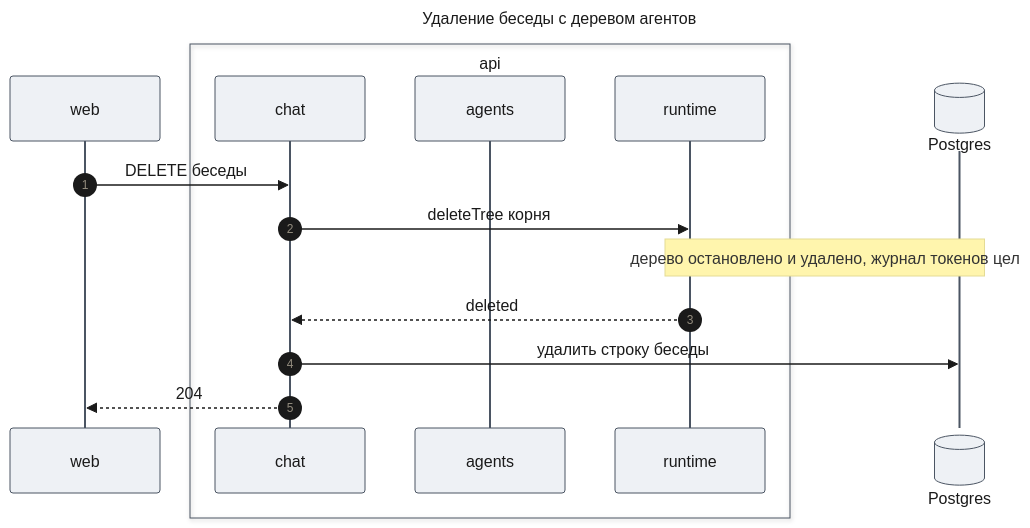
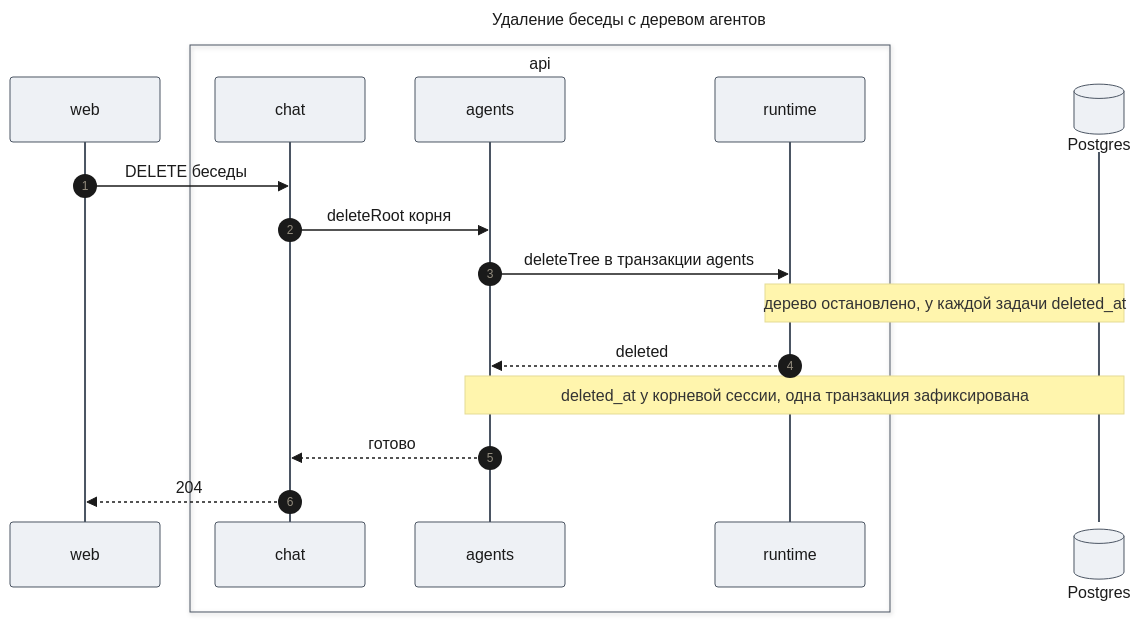
Before and after one commit to tundraray/agent-os: the ninth of 10 diagrams in docs/features/agent-platform/design-chat.md, drawn with Mermaid. The commit also changed other lines of this file and 420 other files, not shown here.

````diff
--- a/docs/features/agent-platform/design-chat.md
+++ b/docs/features/agent-platform/design-chat.md
@@ -649,36 +655,39 @@
 ```mermaid
 ---
 title: "Удаление беседы с деревом агентов"
 config:
   themeCSS: |
-    @keyframes lit_s6{0%,18%{stroke:#991b1b;stroke-width:6px}20%,100%{stroke:#37474f;stroke-width:2px}}
-    @keyframes litr_s6{0%,18%{stroke:#1d4ed8;stroke-width:6px}20%,100%{stroke:#37474f;stroke-width:2px}}
-    .messageLine0[data-id='i1'],.messageLine1[data-id='i1']{animation:lit_s6 6s linear 0s infinite}
-    .messageLine0[data-id='i2'],.messageLine1[data-id='i2']{animation:lit_s6 6s linear 1.2s infinite}
-    .messageLine0[data-id='i4'],.messageLine1[data-id='i4']{animation:litr_s6 6s linear 2.4s infinite}
-    .messageLine0[data-id='i5'],.messageLine1[data-id='i5']{animation:lit_s6 6s linear 3.6s infinite}
-    .messageLine0[data-id='i6'],.messageLine1[data-id='i6']{animation:litr_s6 6s linear 4.8s infinite}
+    @keyframes lit_s6{0%,15%{stroke:#991b1b;stroke-width:6px}16.67%,100%{stroke:#37474f;stroke-width:2px}}
+    @keyframes litr_s6{0%,15%{stroke:#1d4ed8;stroke-width:6px}16.67%,100%{stroke:#37474f;stroke-width:2px}}
+    .messageLine0[data-id='i1'],.messageLine1[data-id='i1']{animation:lit_s6 7.2s linear 0s infinite}
+    .messageLine0[data-id='i2'],.messageLine1[data-id='i2']{animation:lit_s6 7.2s linear 1.2s infinite}
+    .messageLine0[data-id='i3'],.messageLine1[data-id='i3']{animation:lit_s6 7.2s linear 2.4s infinite}
+    .messageLine0[data-id='i5'],.messageLine1[data-id='i5']{animation:litr_s6 7.2s linear 3.6s infinite}
+    .messageLine0[data-id='i7'],.messageLine1[data-id='i7']{animation:litr_s6 7.2s linear 4.8s infinite}
+    .messageLine0[data-id='i8'],.messageLine1[data-id='i8']{animation:litr_s6 7.2s linear 6s infinite}
   theme: base
   look: classic
   themeVariables:
     primaryColor: "#eef1f5"
     primaryBorderColor: "#4b5563"
     primaryTextColor: "#1a1a1a"
     lineColor: "#6b7280"
 ---
 sequenceDiagram
     autonumber
     participant W as web
     box api
     participant C as chat
     participant A as agents
     participant R as runtime
     end
     participant DB@{ "type": "database" } as Postgres
     W->>C: DELETE беседы
-    C->>R: deleteTree корня
-    Note over R,DB: дерево остановлено и удалено, журнал токенов цел
-    R-->>C: deleted
-    C->>DB: удалить строку беседы
+    C->>A: deleteRoot корня
+    A->>R: deleteTree в транзакции agents
+    Note over R,DB: дерево остановлено, у каждой задачи deleted_at
+    R-->>A: deleted
+    Note over A,DB: deleted_at у корневой сессии, одна транзакция зафиксирована
+    A-->>C: готово
     C-->>W: 204
 ```
````
